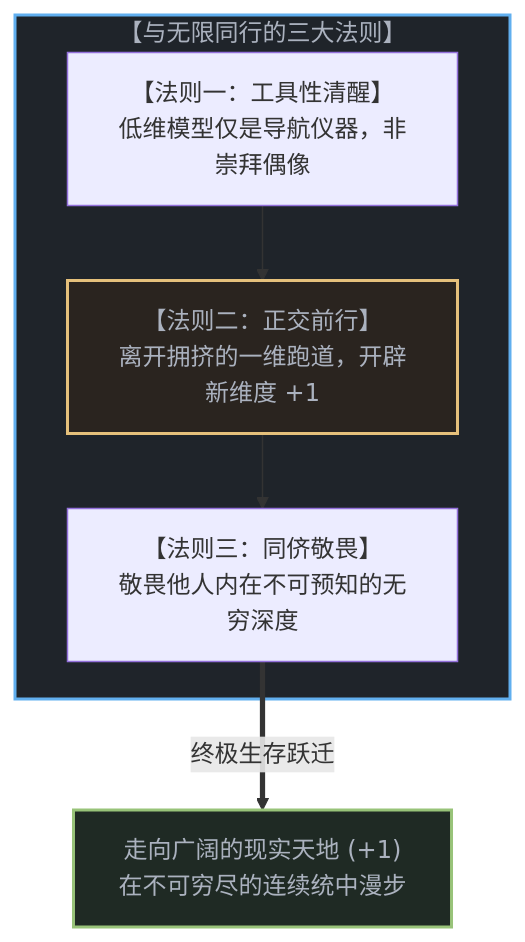
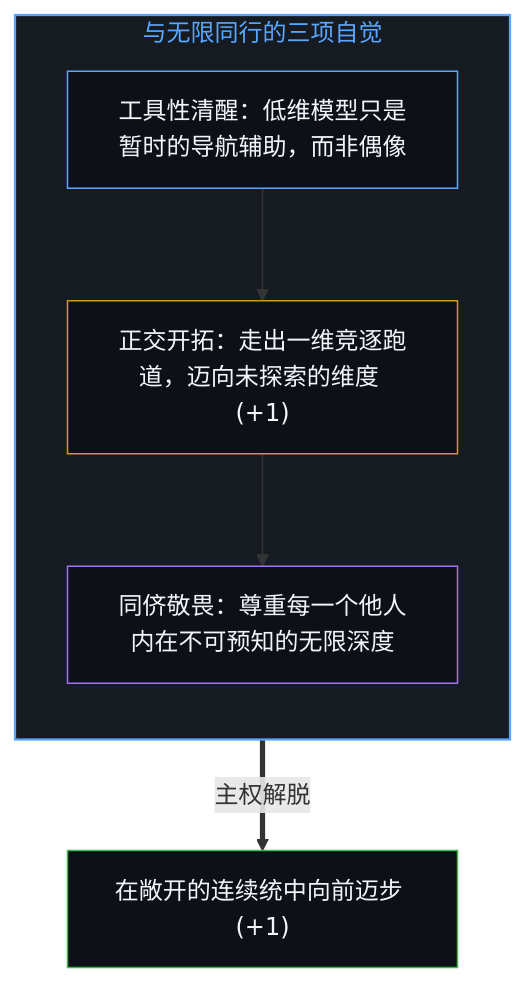
One commit to powerpig99/not-a-toe changed the ninth of 10 diagrams in content/posts/the-shadow-and-the-infinite.md. Above: the diagram before and after it, drawn with Mermaid. The commit also changed other lines of this file and 19 other files, not shown here.

````diff
--- a/content/posts/the-shadow-and-the-infinite.md
+++ b/content/posts/the-shadow-and-the-infinite.md
@@ -325,17 +295,20 @@
 ```mermaid
-graph TD
-    subgraph ThreeEthicalRules["【与无限同行的三大法则】"]
-        Rule1["【法则一：工具性清醒】<br>低维模型仅是导航仪器，非崇拜偶像"]
-        Rule2["【法则二：正交前行】<br>离开拥挤的一维跑道，开辟新维度 +1"]
-        Rule3["【法则三：同侪敬畏】<br>敬畏他人内在不可预知的无穷深度"]
-
+flowchart TD
+    subgraph ThreeEthicalRules["与无限同行的三项自觉"]
+        direction TB
+        Rule1["工具性清醒：低维模型只是暂时的导航辅助，而非偶像"]
+        Rule2["正交开拓：走出一维竞逐跑道，迈向未探索的维度 (+1)"]
+        Rule3["同侪敬畏：尊重每一个他人内在不可预知的无限深度"]
         Rule1 --> Rule2
         Rule2 --> Rule3
     end
 
-    Rule3 ==>|"终极生存跃迁"| OpenLivingField["走向广阔的现实天地 (+1)<br>在不可穷尽的连续统中漫步"]
+    OpenLivingField["在敞开的连续统中向前迈步 (+1)"]
+    Rule3 ==>|"主权解脱"| OpenLivingField
 
-    style ThreeEthicalRules fill:#1f242a,stroke:#61afef,stroke-width:2px,color:#abb2bf
-    style Rule2 fill:#2a241f,stroke:#e5c07b,stroke-width:2px,color:#abb2bf
-    style OpenLivingField fill:#1f2a24,stroke:#98c379,stroke-width:2px,color:#abb2bf
+    style ThreeEthicalRules fill:#161b22,stroke:#58a6ff,stroke-width:1.5px,color:#58a6ff
+    style Rule1 fill:#0d1117,stroke:#58a6ff,stroke-width:1px,color:#f0f6fc
+    style Rule2 fill:#0d1117,stroke:#d29922,stroke-width:1px,color:#f0f6fc
+    style Rule3 fill:#0d1117,stroke:#a371f7,stroke-width:1px,color:#f0f6fc
+    style OpenLivingField fill:#0d1117,stroke:#3fb950,stroke-width:1px,color:#f0f6fc
 ```
````
